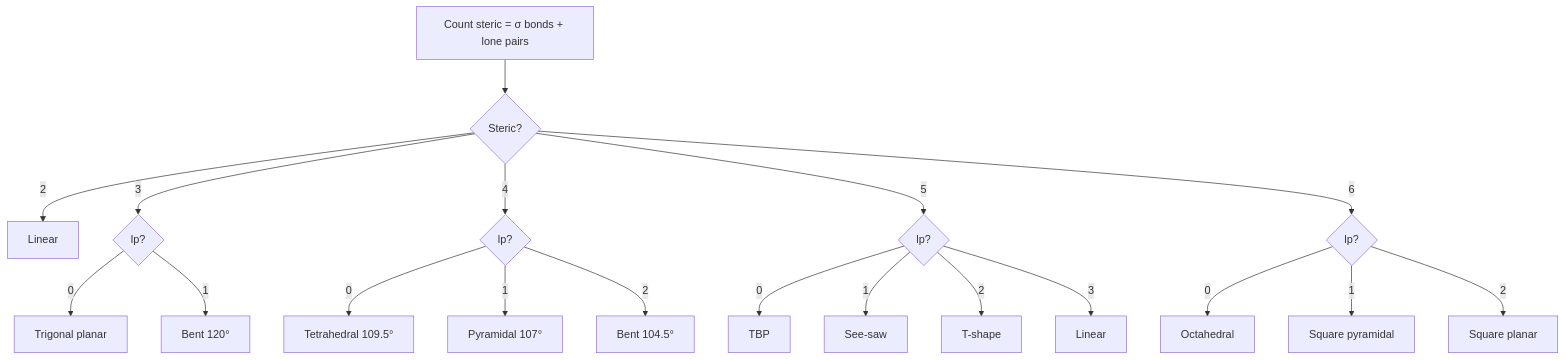
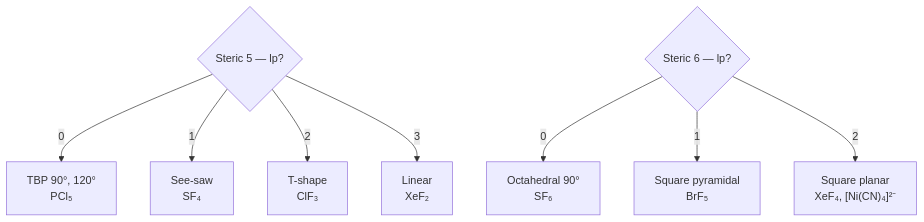
The fifth of 17 diagrams in Inorganic-Chemistry/02-Chemical-Bonding-and-Molecular-Structure/notes.md (SurajGupta2009/Chem_JEEAd_notes), drawn with Mermaid before and after one commit. The commit also changed other lines of this file and 60 other files, not shown here.

````diff
--- a/Inorganic-Chemistry/02-Chemical-Bonding-and-Molecular-Structure/notes.md
+++ b/Inorganic-Chemistry/02-Chemical-Bonding-and-Molecular-Structure/notes.md
@@ -325,21 +348,12 @@
 ```mermaid
 flowchart TD
-    A[Count steric = σ bonds + lone pairs] --> B{Steric?}
-    B -->|2| L[Linear]
-    B -->|3| C{lp?}
-    B -->|4| D{lp?}
-    B -->|5| E{lp?}
-    B -->|6| F{lp?}
-    C -->|0| C0[Trigonal planar]
-    C -->|1| C1[Bent 120°]
-    D -->|0| D0[Tetrahedral 109.5°]
-    D -->|1| D1[Pyramidal 107°]
-    D -->|2| D2[Bent 104.5°]
-    E -->|0| E0[TBP]
-    E -->|1| E1[See-saw]
-    E -->|2| E2[T-shape]
-    E -->|3| E3[Linear]
-    F -->|0| F0[Octahedral]
-    F -->|1| F1[Square pyramidal]
-    F -->|2| F2[Square planar]
+    E{"Steric 5 — lp?"}
+    E -->|"0"| E0["TBP 90°, 120°<br>PCl₅"]
+    E -->|"1"| E1["See-saw<br>SF₄"]
+    E -->|"2"| E2["T-shape<br>ClF₃"]
+    E -->|"3"| E3["Linear<br>XeF₂"]
+    F{"Steric 6 — lp?"}
+    F -->|"0"| F0["Octahedral 90°<br>SF₆"]
+    F -->|"1"| F1["Square pyramidal<br>BrF₅"]
+    F -->|"2"| F2["Square planar<br>XeF₄, [Ni(CN)₄]²⁻"]
 ```
````
